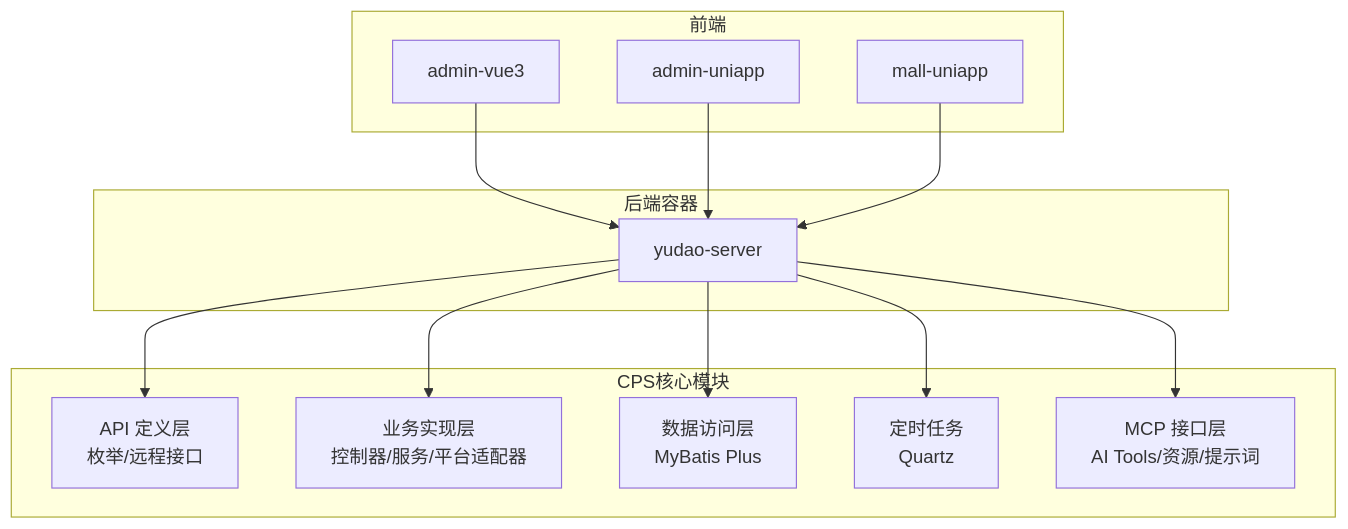
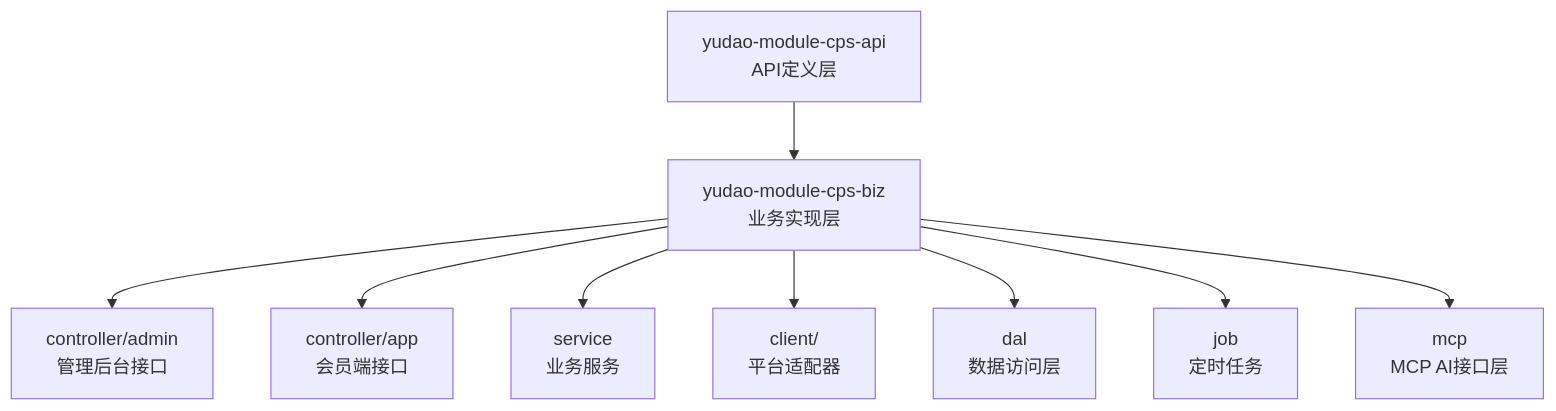
Before and after one commit to zhuangpengLI/AgenticCPS: the second of 7 diagrams in .qoder/repowiki/zh/content/项目概述/项目介绍与背景.md, drawn with Mermaid. The commit also changed other lines of this file and 293 other files, not shown here.

````diff
--- a/.qoder/repowiki/zh/content/项目概述/项目介绍与背景.md
+++ b/.qoder/repowiki/zh/content/项目概述/项目介绍与背景.md
@@ -81,26 +103,20 @@
 ```mermaid
 graph TB
-subgraph "CPS核心模块"
-A1["API 定义层<br/>枚举/远程接口"]
-A2["业务实现层<br/>控制器/服务/平台适配器"]
-A3["数据访问层<br/>MyBatis Plus"]
-A4["定时任务<br/>Quartz"]
-A5["MCP 接口层<br/>AI Tools/资源/提示词"]
-end
-subgraph "后端容器"
-B1["yudao-server"]
-end
-subgraph "前端"
-C1["admin-vue3"]
-C2["admin-uniapp"]
-C3["mall-uniapp"]
-end
-B1 --> A1
-B1 --> A2
-B1 --> A3
-B1 --> A4
-B1 --> A5
-C1 --> B1
-C2 --> B1
-C3 --> B1
+API["yudao-module-cps-api<br/>API定义层"]
+BIZ["yudao-module-cps-biz<br/>业务实现层"]
+CTRL_ADMIN["controller/admin<br/>管理后台接口"]
+CTRL_APP["controller/app<br/>会员端接口"]
+SERVICE["service<br/>业务服务"]
+CLIENT["client/<platform><br/>平台适配器"]
+DAL["dal<br/>数据访问层"]
+JOB["job<br/>定时任务"]
+MCP["mcp<br/>MCP AI接口层"]
+API --> BIZ
+BIZ --> CTRL_ADMIN
+BIZ --> CTRL_APP
+BIZ --> SERVICE
+BIZ --> CLIENT
+BIZ --> DAL
+BIZ --> JOB
+BIZ --> MCP
 ```
````
